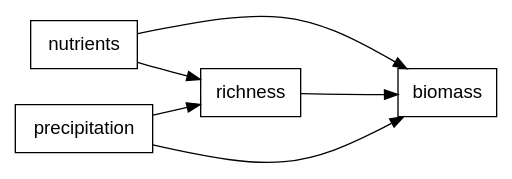
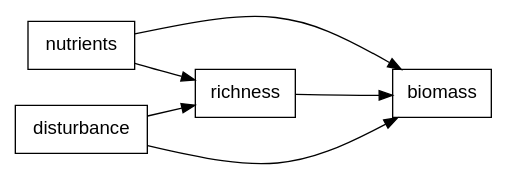
One commit to pennekampster/Swiss_SEM changed the seventh of 26 diagrams in 5_Slides/Intro_to_SEM_part1.qmd. Above: the diagram before and after it, drawn with Graphviz. The commit also changed other lines of this file and 5 other files, not shown here.

````diff
--- a/5_Slides/Intro_to_SEM_part1.qmd
+++ b/5_Slides/Intro_to_SEM_part1.qmd
@@ -551,28 +527,28 @@
 ```{dot}
 //| fig-width: 5
 //| fig-height: 2
 
 digraph  {
 
   # a 'graph' statement
   graph [overlap = false, fontsize = 10, layout = dot, splines = curved,
        rankdir = LR]
 
   # several 'node' statements
   node [shape = box,
         fontname = Helvetica]
         
-  nutrients; richness; biomass; precipitation;
+  nutrients; richness; biomass; disturbance;
 
   # several 'edge' statements
     nutrients->richness ;
-    precipitation->richness ;
-    precipitation->biomass ;
+    disturbance->richness ;
+    disturbance->biomass ;
     richness->biomass ;
     nutrients->biomass [minlen=3];
     
-    {rank=min; nutrients; precipitation;}
+    {rank=min; nutrients; disturbance;}
     {rank=max; biomass;}
     {rank=same; richness;}
 }
 ```
````
